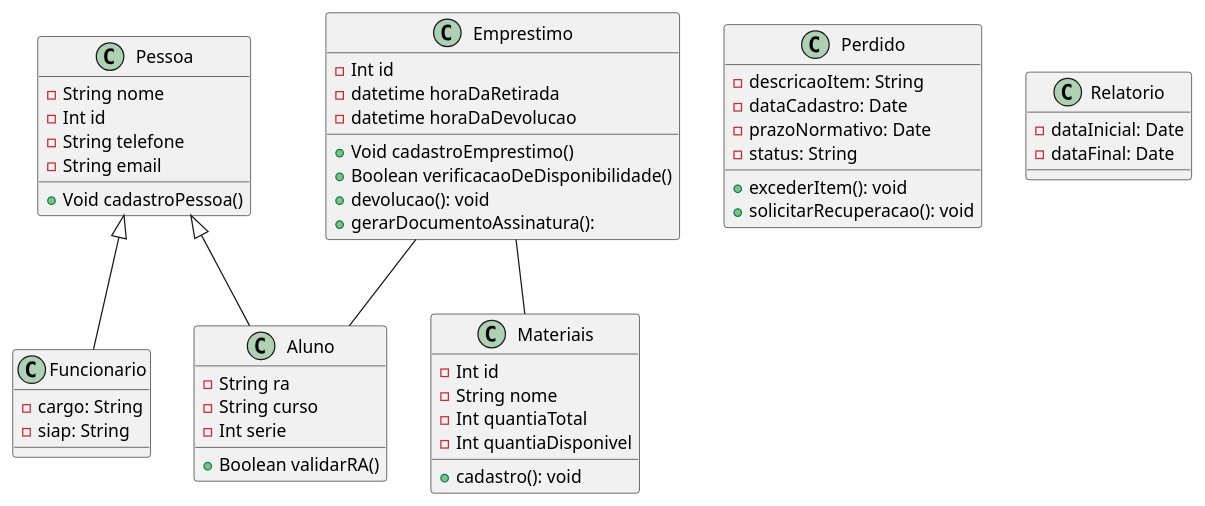
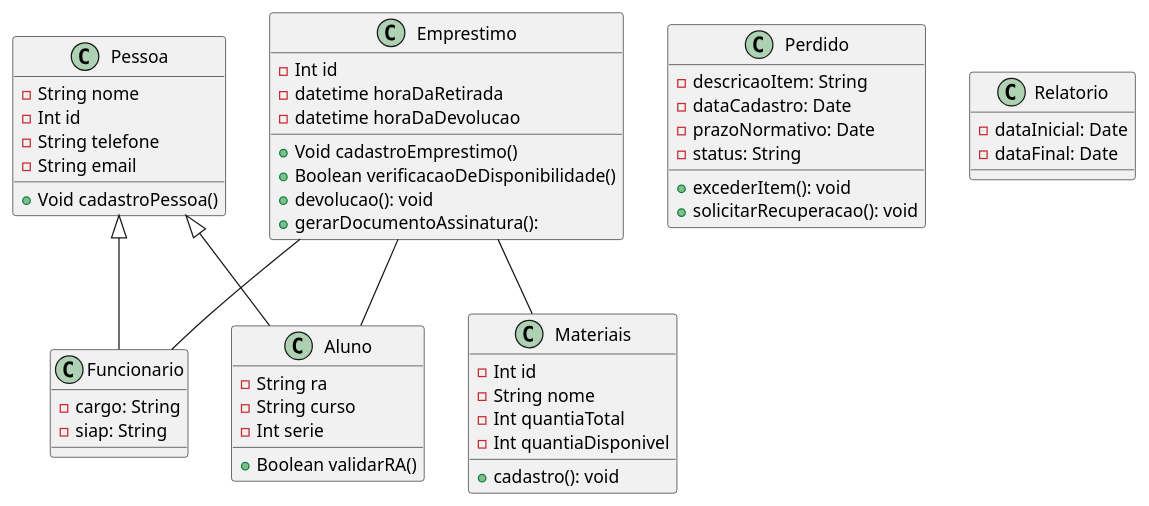
Before and after one commit to danielalvesmoura/APS-Compartilhado: the diagram in diagramaDeClasse.puml, drawn with PlantUML.

```diff
--- a/diagramaDeClasse.puml
+++ b/diagramaDeClasse.puml
@@ -1,66 +1,67 @@
 @startuml   
 
 class Pessoa { 
     -String nome
     -Int id
     -String telefone
     -String email
 
     +Void cadastroPessoa()
 }
  
 class Aluno {
     -String ra
     -String curso
     -Int serie
 
     +Boolean validarRA()
 }
 
 class Funcionario {
     -cargo: String
     -siap: String
 }
 
 class Materiais {
     -Int id
     -String nome
     -Int quantiaTotal
     -Int quantiaDisponivel
 
     +cadastro(): void
 }
 
 class Emprestimo{
     -Int id
     -datetime horaDaRetirada
     -datetime horaDaDevolucao
 
     +Void cadastroEmprestimo()
     +Boolean verificacaoDeDisponibilidade()
     +devolucao(): void
     +gerarDocumentoAssinatura(): 
 }
 
 class Perdido {
     -descricaoItem: String
     -dataCadastro: Date
     -prazoNormativo: Date
     -status: String
     +excederItem(): void
     +solicitarRecuperacao(): void
 }
 
 class Relatorio {
     -dataInicial: Date
     -dataFinal: Date
 }
 
 
 Pessoa <|-- Aluno
 Pessoa <|-- Funcionario
 Emprestimo -- Materiais
 Emprestimo -- Aluno
+Emprestimo -- Funcionario
 
 
 @enduml
```
